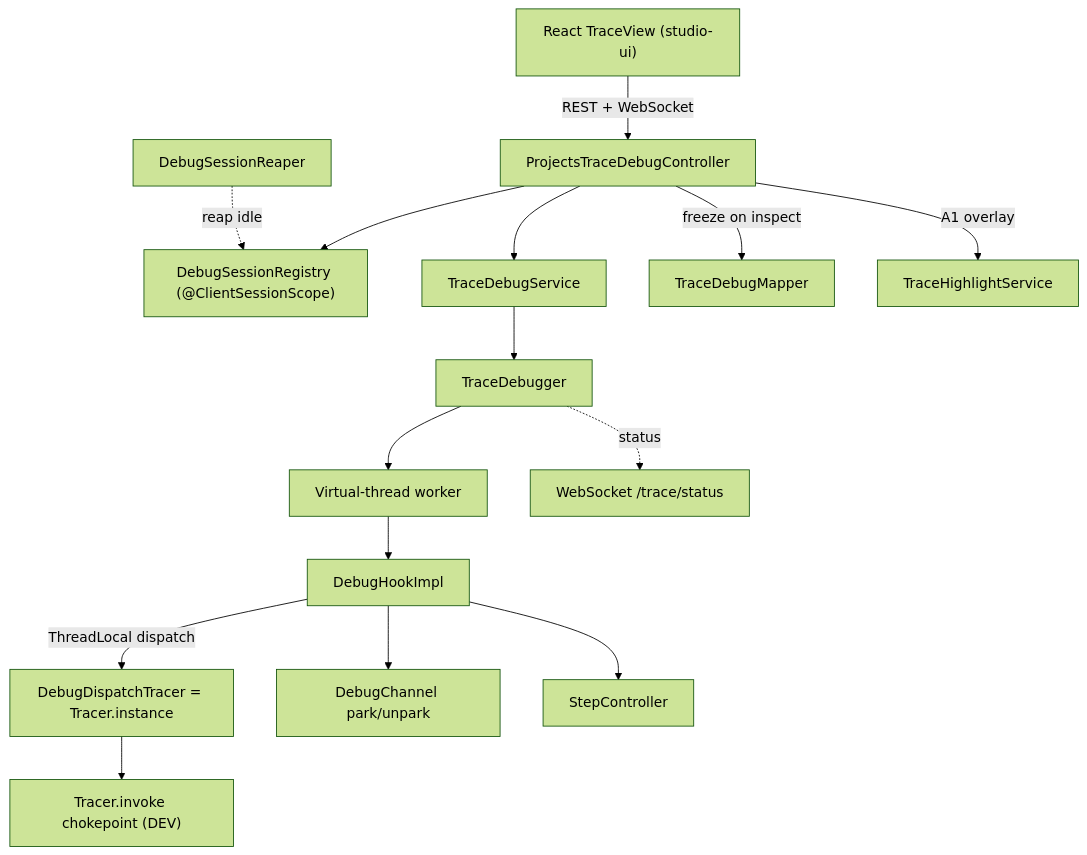
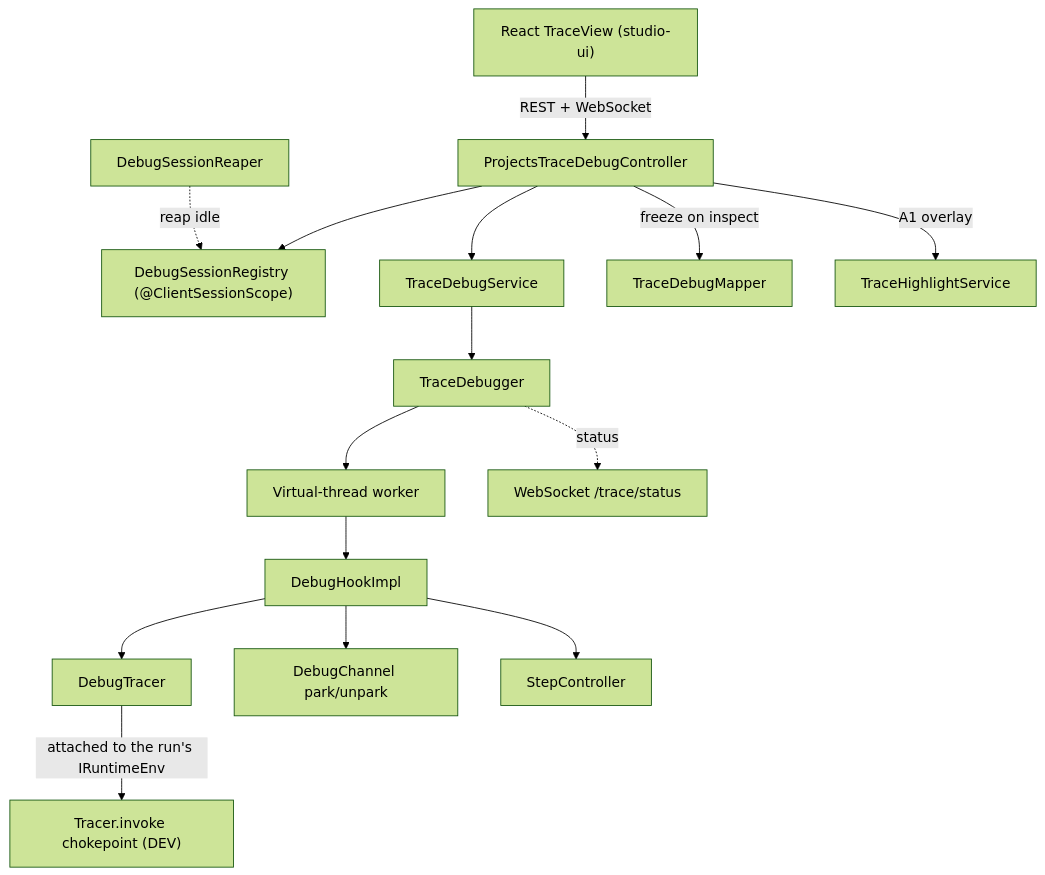
Before and after one commit to openl-tablets/openl-tablets: the third of 4 diagrams in Docs/api/projects-trace-architecture.md, drawn with Mermaid (forest theme). The commit also changed other lines of this file and 1 other file, not shown here.

Commit message:
Fix the trace pages: per-run tracer, moved package, missing endpoints

````diff
--- a/Docs/api/projects-trace-architecture.md
+++ b/Docs/api/projects-trace-architecture.md
@@ -125,17 +115,17 @@
 ```mermaid
 flowchart TD
     UI["React TraceView (studio-ui)"] -->|REST + WebSocket| Ctrl[ProjectsTraceDebugController]
     Ctrl --> Reg["DebugSessionRegistry (@ClientSessionScope)"]
     Ctrl --> Svc[TraceDebugService]
     Ctrl -->|freeze on inspect| Map[TraceDebugMapper]
     Ctrl -->|A1 overlay| HL[TraceHighlightService]
     Svc --> Dbg[TraceDebugger]
     Dbg --> W[Virtual-thread worker]
     W --> Hook[DebugHookImpl]
-    Hook -->|ThreadLocal dispatch| DDT[DebugDispatchTracer = Tracer.instance]
-    DDT --> Trc["Tracer.invoke chokepoint (DEV)"]
+    Hook --> DT[DebugTracer]
+    DT -->|attached to the run's IRuntimeEnv| Trc["Tracer.invoke chokepoint (DEV)"]
     Hook --> Ch[DebugChannel park/unpark]
     Hook --> Step[StepController]
     Reaper[DebugSessionReaper] -. reap idle .-> Reg
     Dbg -. status .-> WS[WebSocket /trace/status]
 ```
````
